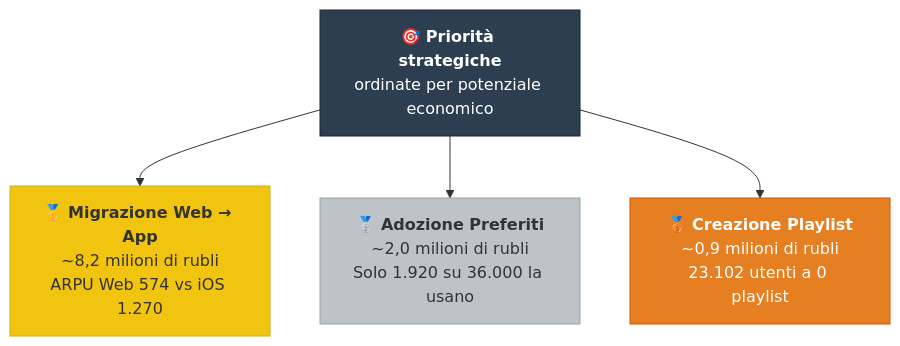
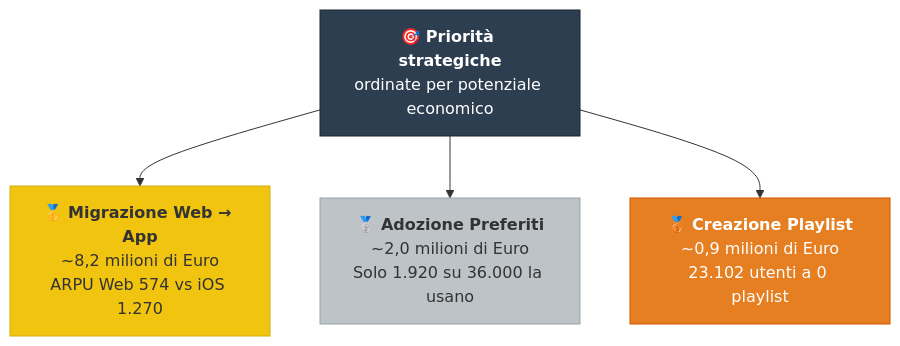
The tenth of 12 diagrams in src/content/corso/analisi-prodotto/analisi-coorte.mdx (AndreyBertasini/gynnitech), drawn with Mermaid before and after one commit. The commit also changed other lines of this file, not shown here.

````diff
--- a/src/content/corso/analisi-prodotto/analisi-coorte.mdx
+++ b/src/content/corso/analisi-prodotto/analisi-coorte.mdx
@@ -323,11 +323,11 @@
 ```mermaid
 graph TD
     TOP["🎯 <b>Priorità strategiche</b><br/>ordinate per potenziale economico"]
-    TOP --> P1["🥇 <b>Migrazione Web → App</b><br/>~8,2 milioni di rubli<br/>ARPU Web 574 vs iOS 1.270"]
-    TOP --> P2["🥈 <b>Adozione Preferiti</b><br/>~2,0 milioni di rubli<br/>Solo 1.920 su 36.000 la usano"]
-    TOP --> P3["🥉 <b>Creazione Playlist</b><br/>~0,9 milioni di rubli<br/>23.102 utenti a 0 playlist"]
+    TOP --> P1["🥇 <b>Migrazione Web → App</b><br/>~8,2 milioni di Euro<br/>ARPU Web 574 vs iOS 1.270"]
+    TOP --> P2["🥈 <b>Adozione Preferiti</b><br/>~2,0 milioni di Euro<br/>Solo 1.920 su 36.000 la usano"]
+    TOP --> P3["🥉 <b>Creazione Playlist</b><br/>~0,9 milioni di Euro<br/>23.102 utenti a 0 playlist"]
     style TOP fill:#2c3e50,stroke:#1a252f,color:#fff
     style P1 fill:#f1c40f,stroke:#d4ac0f,color:#333
     style P2 fill:#bdc3c7,stroke:#95a5a6,color:#333
     style P3 fill:#e67e22,stroke:#d35400,color:#fff
 ```
````
